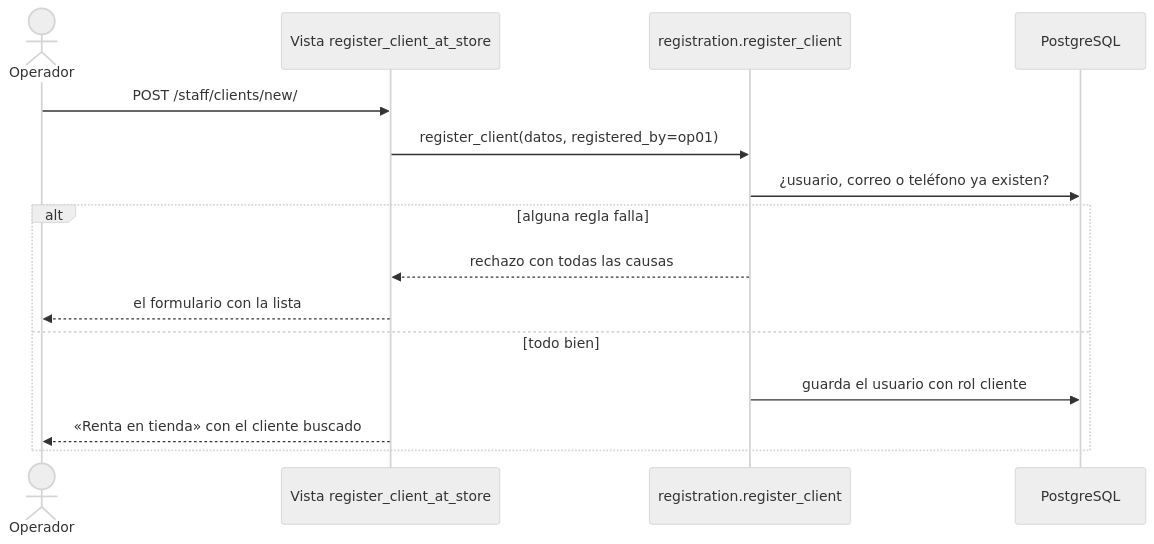
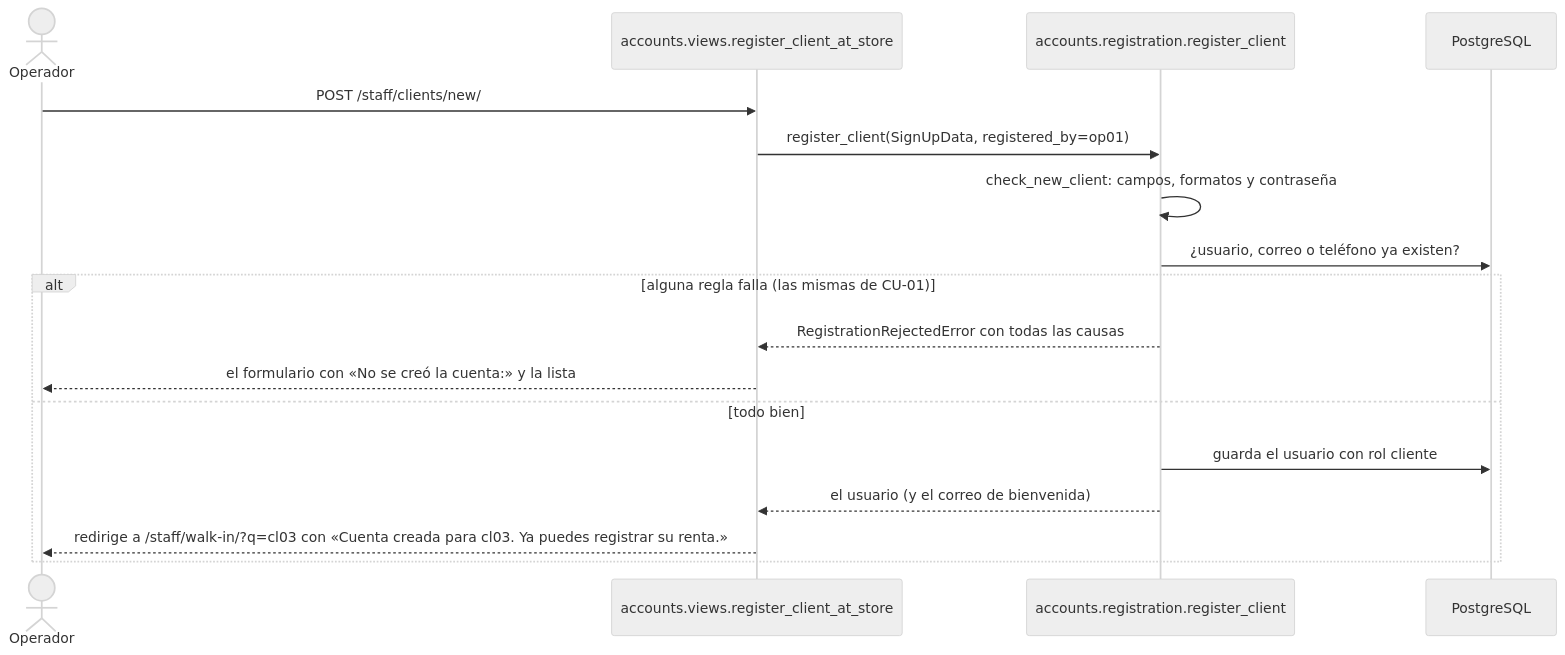
Before and after one commit to peterteranb/astra-rent-system: the third of 17 diagrams in docs/casos-de-uso.md, drawn with Mermaid (neutral theme). The commit also changed other lines of this file and 12 other files, not shown here.

Commit message:
docs: final docs index, decisions and checked sequence diagrams

````diff
--- a/docs/casos-de-uso.md
+++ b/docs/casos-de-uso.md
@@ -178,17 +186,19 @@
 ```mermaid
 sequenceDiagram
     actor O as Operador
-    participant V as Vista register_client_at_store
-    participant U as registration.register_client
+    participant V as accounts.views.register_client_at_store
+    participant U as accounts.registration.register_client
     participant BD as PostgreSQL
     O->>V: POST /staff/clients/new/
-    V->>U: register_client(datos, registered_by=op01)
+    V->>U: register_client(SignUpData, registered_by=op01)
+    U->>U: check_new_client: campos, formatos y contraseña
     U->>BD: ¿usuario, correo o teléfono ya existen?
-    alt alguna regla falla
-        U-->>V: rechazo con todas las causas
-        V-->>O: el formulario con la lista
+    alt alguna regla falla (las mismas de CU-01)
+        U-->>V: RegistrationRejectedError con todas las causas
+        V-->>O: el formulario con «No se creó la cuenta:» y la lista
     else todo bien
         U->>BD: guarda el usuario con rol cliente
-        V-->>O: «Renta en tienda» con el cliente buscado
+        U-->>V: el usuario (y el correo de bienvenida)
+        V-->>O: redirige a /staff/walk-in/?q=cl03 con «Cuenta creada para cl03. Ya puedes registrar su renta.»
     end
 ```
````
